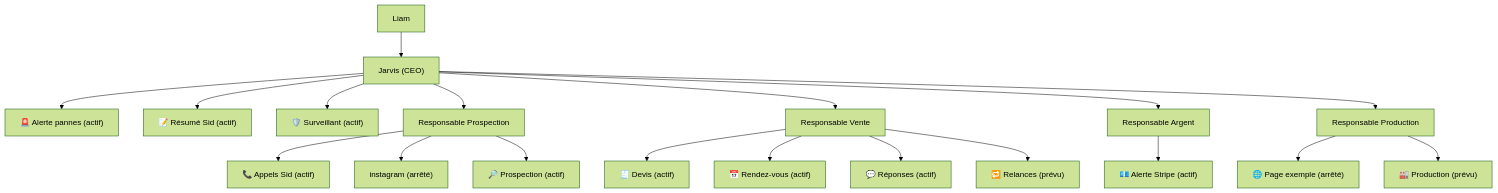
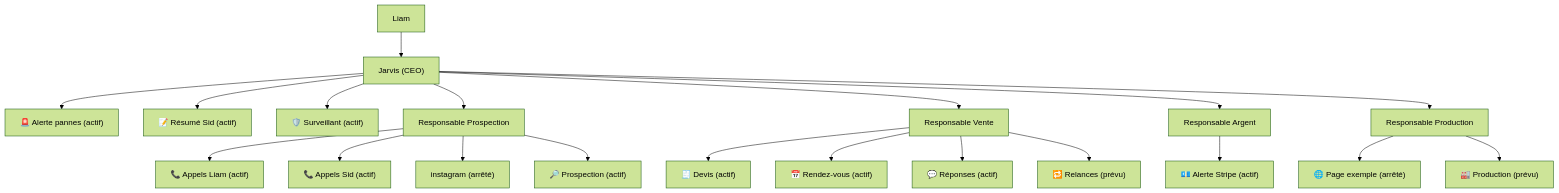
The diagram in docs/agents/🧠 Jarvis (CEO).md (Liam2109/jarvis), drawn with Mermaid (forest theme) before and after one commit. The commit also changed other lines of this file and 27 other files, not shown here.

````diff
--- a/docs/agents/🧠 Jarvis (CEO).md
+++ b/docs/agents/🧠 Jarvis (CEO).md
@@ -87,21 +87,22 @@
 ```mermaid
 flowchart TD
   liam["Liam"] --> ceo["Jarvis (CEO)"]
   ceo --> panne_alerte["🚨 Alerte pannes (actif)"]
   ceo --> resume_sid["📝 Résumé Sid (actif)"]
   ceo --> surveillant["🛡️ Surveillant (actif)"]
   ceo --> r_prospection["Responsable Prospection"]
+  r_prospection --> appels_liam["📞 Appels Liam (actif)"]
   r_prospection --> appels_sid["📞 Appels Sid (actif)"]
   r_prospection --> instagram["instagram (arrêté)"]
   r_prospection --> prospection["🔎 Prospection (actif)"]
   ceo --> r_vente["Responsable Vente"]
   r_vente --> devis["🧾 Devis (actif)"]
   r_vente --> rendez_vous["📅 Rendez-vous (actif)"]
   r_vente --> reponses["💬 Réponses (actif)"]
   r_vente --> vente_relances["🔁 Relances (prévu)"]
   ceo --> r_argent["Responsable Argent"]
   r_argent --> stripe_alerte["💶 Alerte Stripe (actif)"]
   ceo --> r_production["Responsable Production"]
   r_production --> page_exemple["🌐 Page exemple (arrêté)"]
   r_production --> production["🏭 Production (prévu)"]
 ```
````
